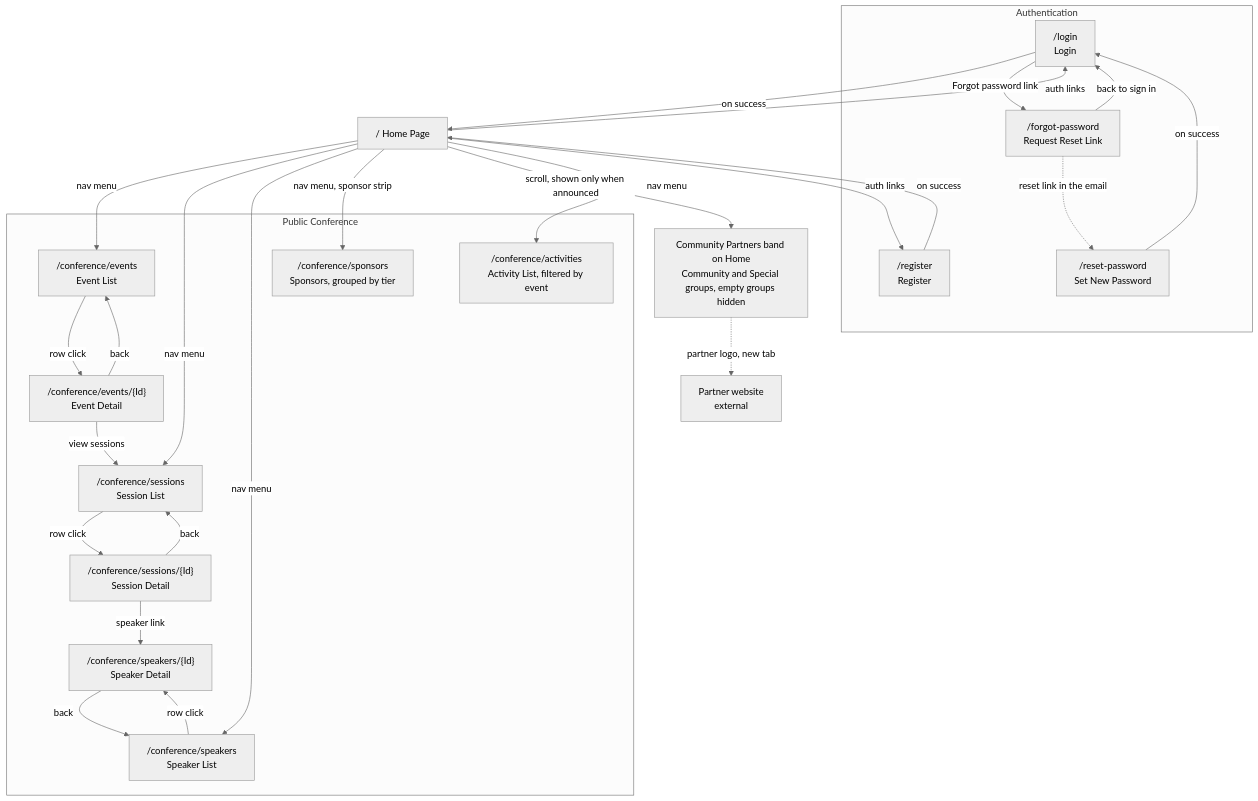
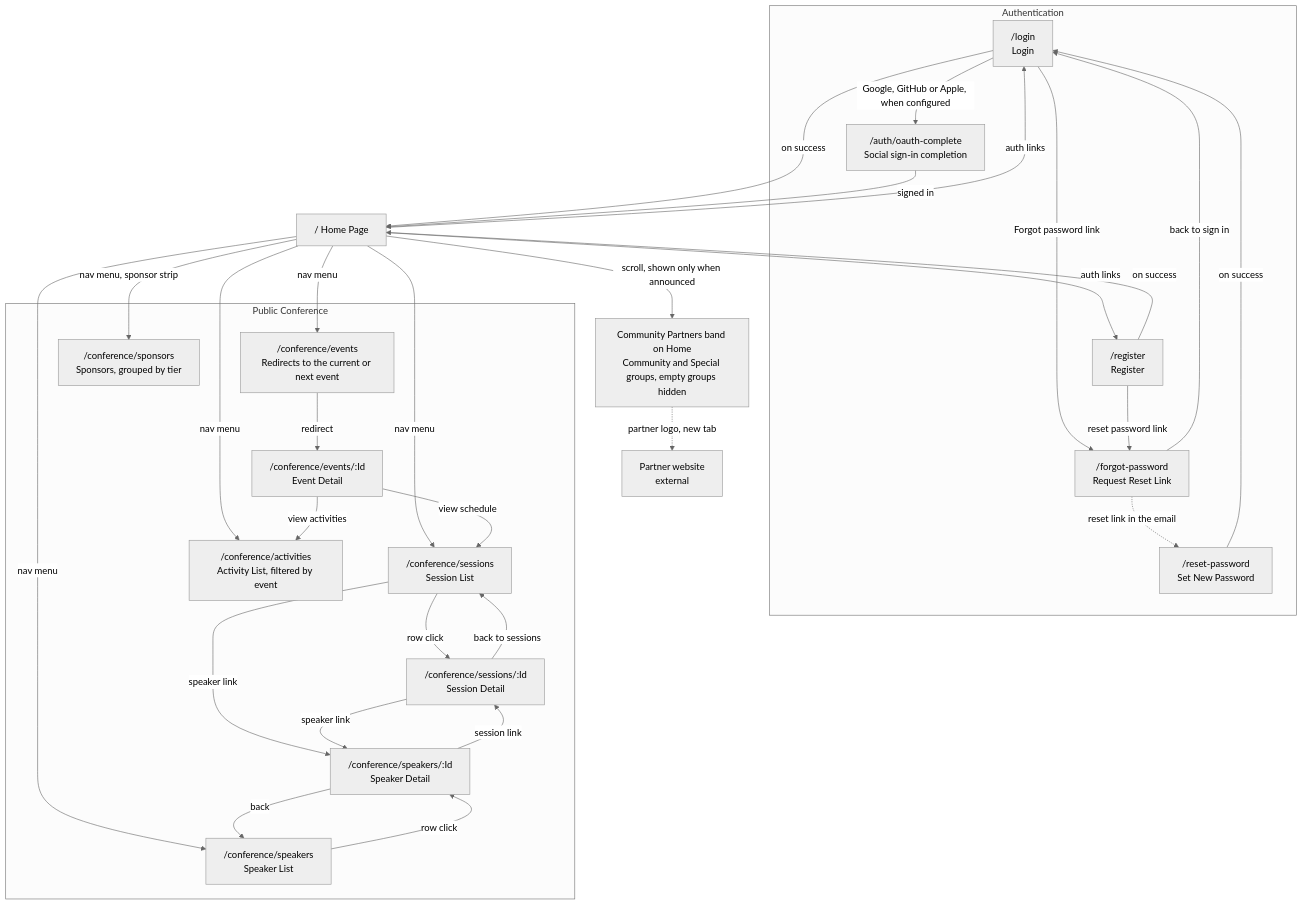
Before and after one commit to ivanball/ivanball.github.io: the first of 14 diagrams in docs-src/guides/adc-NavigationFlow.md, drawn with Mermaid (neutral theme). The commit also changed other lines of this file and 9 other files, not shown here.

````diff
--- a/docs-src/guides/adc-NavigationFlow.md
+++ b/docs-src/guides/adc-NavigationFlow.md
@@ -25,53 +25,59 @@
 ```mermaid
 flowchart TD
     subgraph Auth["Authentication"]
         Login["/login<br/>Login"]
         Register["/register<br/>Register"]
+        OAuthComplete["/auth/oauth-complete<br/>Social sign-in completion"]
         ForgotPassword["/forgot-password<br/>Request Reset Link"]
         ResetPassword["/reset-password<br/>Set New Password"]
     end
 
     subgraph Public["Public Conference"]
-        PubEvents["/conference/events<br/>Event List"]
-        PubEventDetail["/conference/events/{Id}<br/>Event Detail"]
+        PubEvents["/conference/events<br/>Redirects to the current or next event"]
+        PubEventDetail["/conference/events/:Id<br/>Event Detail"]
         PubSessions["/conference/sessions<br/>Session List"]
-        PubSessionDetail["/conference/sessions/{Id}<br/>Session Detail"]
+        PubSessionDetail["/conference/sessions/:Id<br/>Session Detail"]
         PubSpeakers["/conference/speakers<br/>Speaker List"]
-        PubSpeakerDetail["/conference/speakers/{Id}<br/>Speaker Detail"]
+        PubSpeakerDetail["/conference/speakers/:Id<br/>Speaker Detail"]
         PubSponsors["/conference/sponsors<br/>Sponsors, grouped by tier"]
         PubActivities["/conference/activities<br/>Activity List, filtered by event"]
     end
 
     Home["/  Home Page"]
     HomePartners["Community Partners band on Home<br/>Community and Special groups, empty groups hidden"]
     PartnerSite["Partner website<br/>external"]
 
     Home -->|nav menu| PubEvents
     Home -->|nav menu| PubSessions
     Home -->|nav menu| PubSpeakers
     Home -->|nav menu, sponsor strip| PubSponsors
     Home -->|scroll, shown only when announced| HomePartners
     HomePartners -.->|partner logo, new tab| PartnerSite
     Home -->|nav menu| PubActivities
     Home -->|auth links| Login
     Home -->|auth links| Register
 
     Login -->|on success| Home
     Register -->|on success| Home
+    Login -->|Google, GitHub or Apple, when configured| OAuthComplete
+    OAuthComplete -->|signed in| Home
 
     Login -->|Forgot password link| ForgotPassword
+    Register -->|reset password link| ForgotPassword
     ForgotPassword -->|back to sign in| Login
     ForgotPassword -.->|reset link in the email| ResetPassword
     ResetPassword -->|on success| Login
 
-    PubEvents -->|row click| PubEventDetail
-    PubEventDetail -->|back| PubEvents
-    PubEventDetail -->|view sessions| PubSessions
+    PubEvents -->|redirect| PubEventDetail
+    PubEventDetail -->|view schedule| PubSessions
+    PubEventDetail -->|view activities| PubActivities
 
     PubSessions -->|row click| PubSessionDetail
-    PubSessionDetail -->|back| PubSessions
+    PubSessions -->|speaker link| PubSpeakerDetail
+    PubSessionDetail -->|back to sessions| PubSessions
     PubSessionDetail -->|speaker link| PubSpeakerDetail
 
     PubSpeakers -->|row click| PubSpeakerDetail
+    PubSpeakerDetail -->|session link| PubSessionDetail
     PubSpeakerDetail -->|back| PubSpeakers
 ```
````
